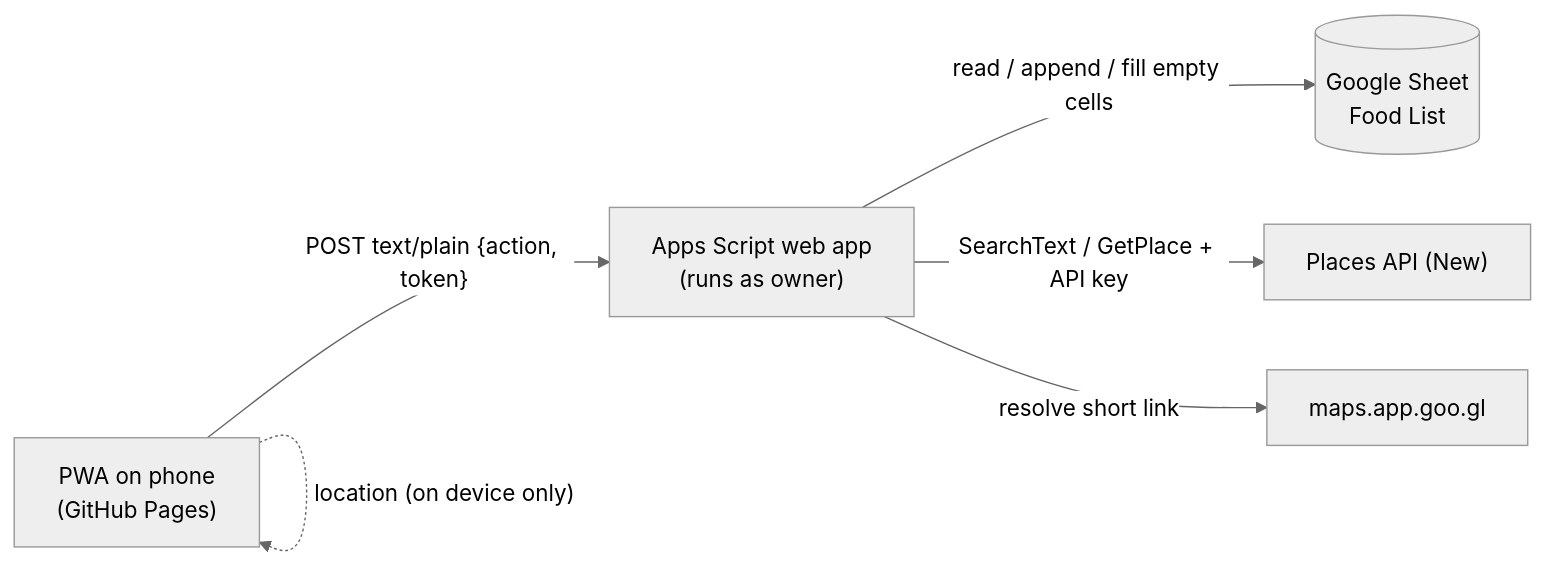
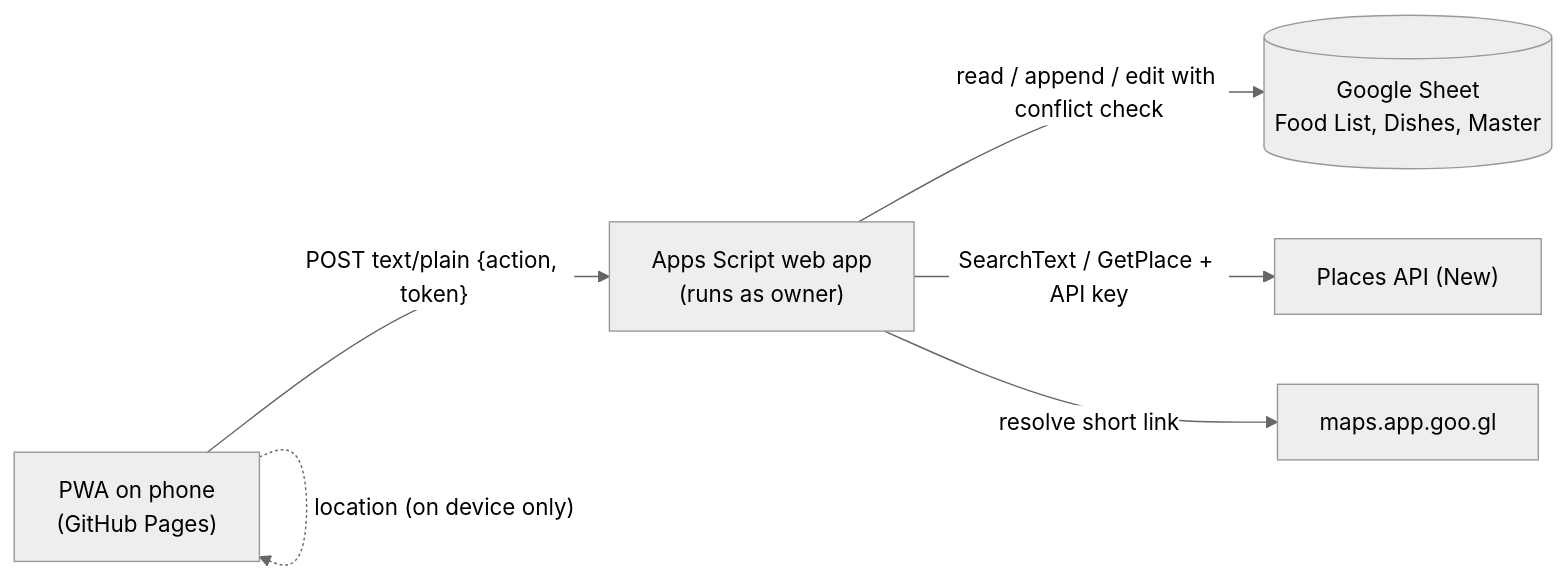
Before and after one commit to wivawilana67/foodies-directory: the diagram in README.md, drawn with Mermaid (neutral theme). The commit also changed other lines of this file and 22 other files, not shown here.

First line of the commit message:
Foodies v2: old-sheet columns, wishlist, edit, dishes, install

````diff
--- a/README.md
+++ b/README.md
@@ -53,8 +63,8 @@
 ```mermaid
 flowchart LR
   Phone["PWA on phone<br/>(GitHub Pages)"] -- "POST text/plain {action, token}" --> GAS["Apps Script web app<br/>(runs as owner)"]
-  GAS -- "read / append / fill empty cells" --> Sheet[("Google Sheet<br/>Food List")]
+  GAS -- "read / append / edit with conflict check" --> Sheet[("Google Sheet<br/>Food List, Dishes, Master")]
   GAS -- "SearchText / GetPlace + API key" --> Places["Places API (New)"]
   GAS -- "resolve short link" --> Maps["maps.app.goo.gl"]
   Phone -. "location (on device only)" .-> Phone
 ```
````
